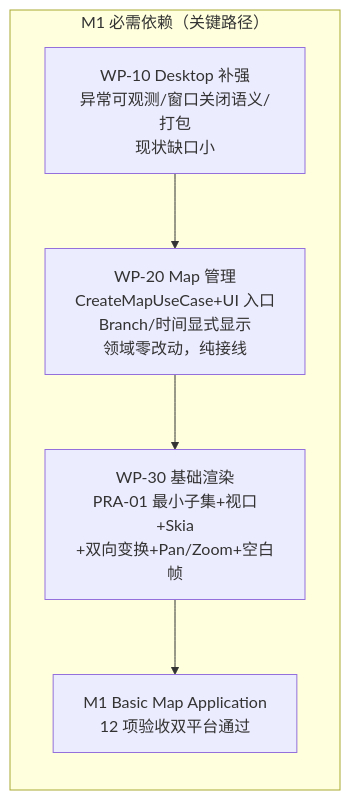
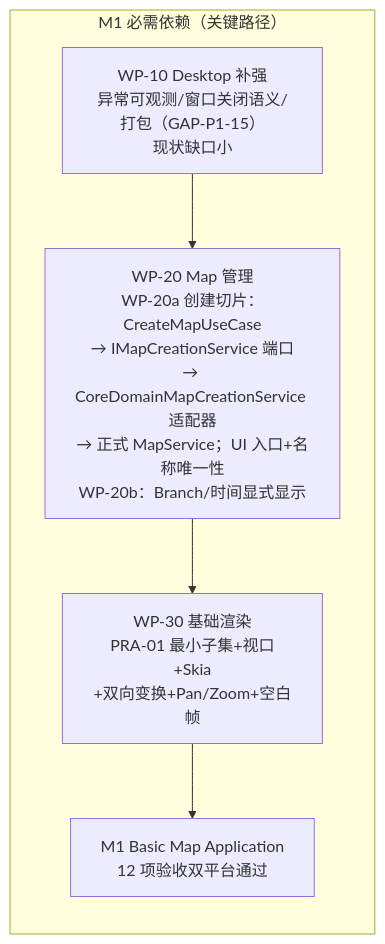
The second of 3 diagrams in docs/implementation/wp-00-inventory/IMPLEMENTATION_DEPENDENCY_GRAPH.md (luqizheng/worldview), drawn with Mermaid before and after one commit. The commit also changed other lines of this file and 6 other files, not shown here.

First line of the commit message:
docs: revise WP-00 inventory - align M1 acceptance with roadmap WP-30, split P0-4, fix WP-20a architecture

````diff
--- a/docs/implementation/wp-00-inventory/IMPLEMENTATION_DEPENDENCY_GRAPH.md
+++ b/docs/implementation/wp-00-inventory/IMPLEMENTATION_DEPENDENCY_GRAPH.md
@@ -37,10 +37,10 @@
 ```mermaid
 graph LR
     subgraph M1Path["M1 必需依赖（关键路径）"]
-        WP10["WP-10 Desktop 补强<br/>异常可观测/窗口关闭语义/打包<br/>现状缺口小"]
-        WP20["WP-20 Map 管理<br/>CreateMapUseCase+UI 入口<br/>Branch/时间显式显示<br/>领域零改动，纯接线"]
+        WP10["WP-10 Desktop 补强<br/>异常可观测/窗口关闭语义/打包（GAP-P1-15）<br/>现状缺口小"]
+        WP20["WP-20 Map 管理<br/>WP-20a 创建切片：CreateMapUseCase<br/>→ IMapCreationService 端口<br/>→ CoreDomainMapCreationService 适配器<br/>→ 正式 MapService；UI 入口+名称唯一性<br/>WP-20b：Branch/时间显式显示"]
         WP30["WP-30 基础渲染<br/>PRA-01 最小子集+视口+Skia<br/>+双向变换+Pan/Zoom+空白帧"]
         M1["M1 Basic Map Application<br/>12 项验收双平台通过"]
         WP10 --> WP20 --> WP30 --> M1
     end
 ```
````
